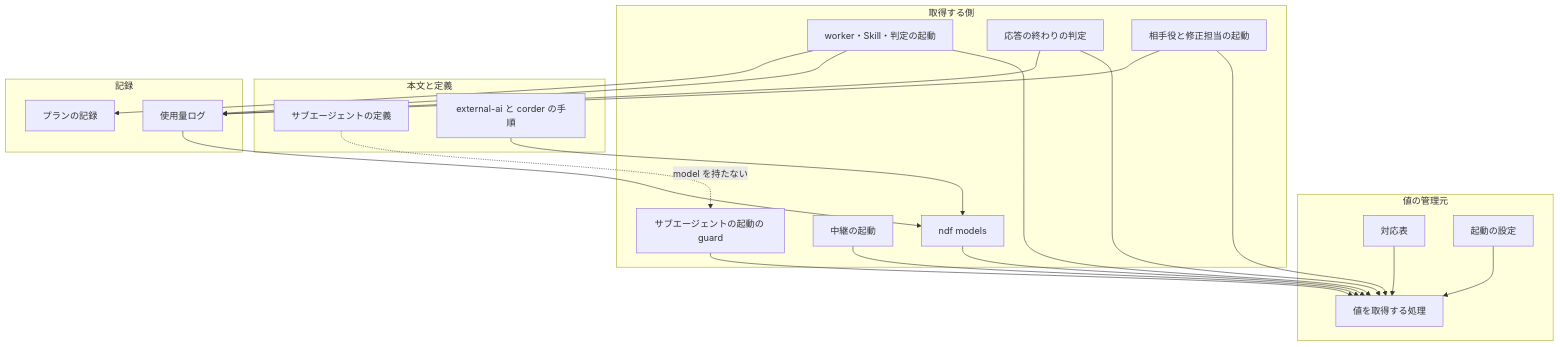
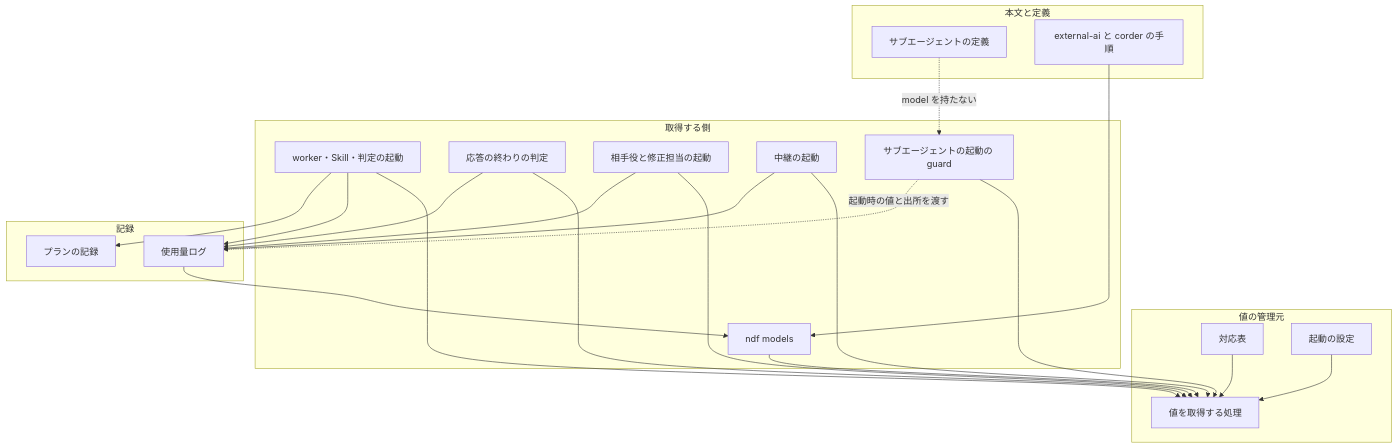
The third of 4 diagrams in issues/issue-2944-design.md (devbasex/ai-plugins), drawn with Mermaid before and after one commit. The commit also changed other lines of this file and 3 other files, not shown here.

````diff
--- a/issues/issue-2944-design.md
+++ b/issues/issue-2944-design.md
@@ -133,31 +142,32 @@
 ```mermaid
 graph TD
     subgraph 値の管理元
         T[対応表]
         P[起動の設定]
         R[値を取得する処理]
     end
     subgraph 取得する側
         M[ndf models]
         W[worker・Skill・判定の起動]
         H[応答の終わりの判定]
         S[相手役と修正担当の起動]
         Y[中継の起動]
         G[サブエージェントの起動の guard]
     end
     subgraph 本文と定義
         D[サブエージェントの定義]
         E[external-ai と corder の手順]
     end
     subgraph 記録
         U[使用量ログ]
         K[プランの記録]
     end
     T & P --> R
     M & W & H & S & Y & G --> R
     E --> M
     D -. model を持たない .-> G
-    W & H & S --> U
+    W & H & S & Y --> U
+    G -. 起動時の値と出所を渡す .-> U
     W --> K
     U --> M
 ```
````
